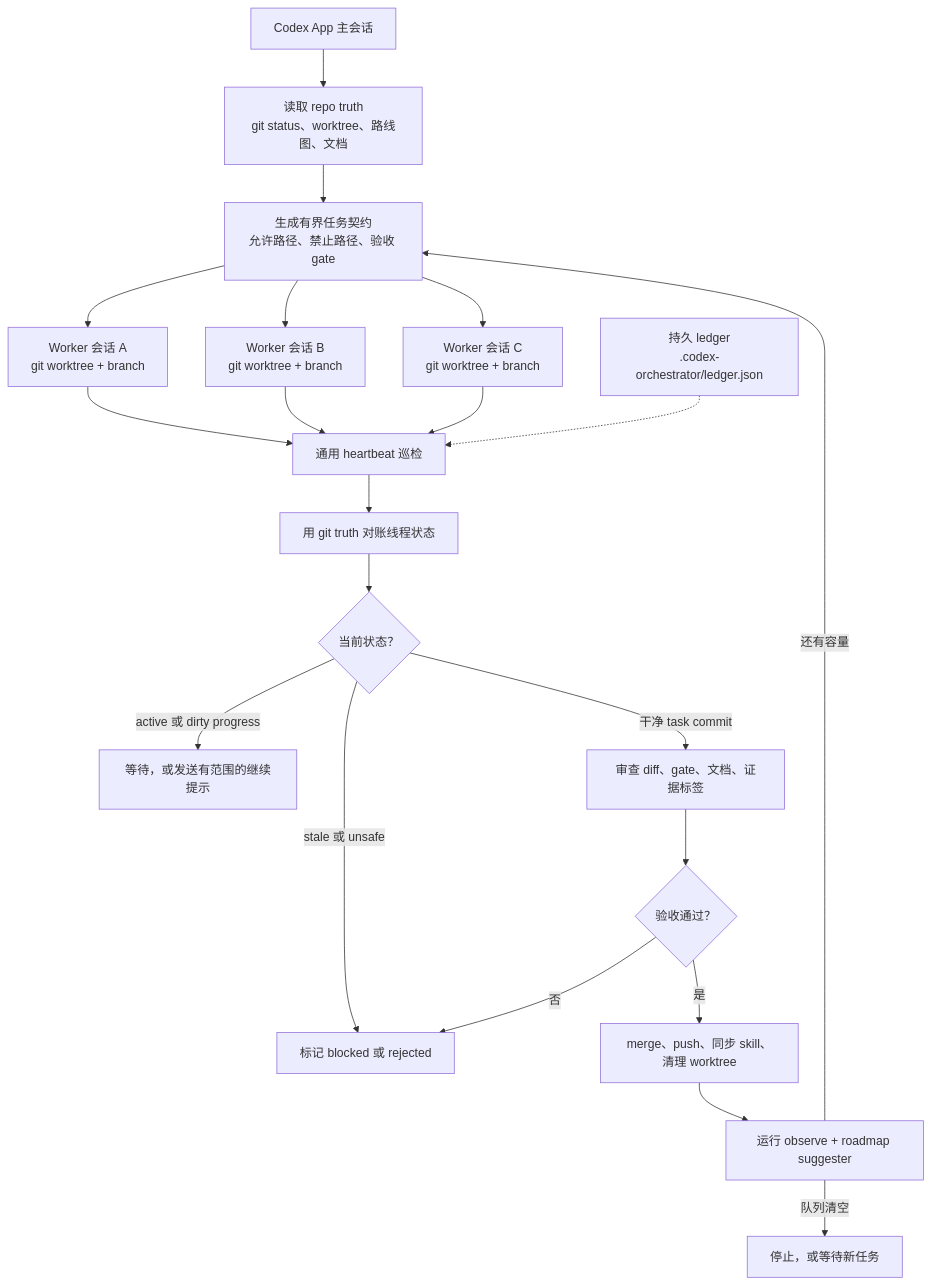
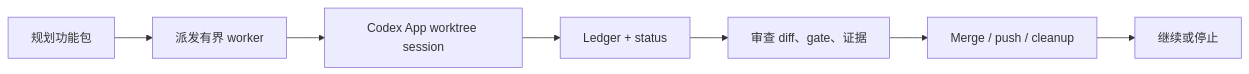
The diagram in README.zh-CN.md (indiekitai/codex-orchestrator), drawn with Mermaid before and after one commit. The commit also changed other lines of this file and 5 other files, not shown here.

````diff
--- a/README.zh-CN.md
+++ b/README.zh-CN.md
@@ -146,24 +91,9 @@
 ```mermaid
-flowchart TD
-    app["Codex App 主会话"] --> read["读取 repo truth<br/>git status、worktree、路线图、文档"]
-    read --> plan["生成有界任务契约<br/>允许路径、禁止路径、验收 gate"]
-    plan --> workerA["Worker 会话 A<br/>git worktree + branch"]
-    plan --> workerB["Worker 会话 B<br/>git worktree + branch"]
-    plan --> workerC["Worker 会话 C<br/>git worktree + branch"]
-
-    workerA --> heartbeat["通用 heartbeat 巡检"]
-    workerB --> heartbeat
-    workerC --> heartbeat
-    ledger["持久 ledger<br/>.codex-orchestrator/ledger.json"] -.-> heartbeat
-    heartbeat --> inspect["用 git truth 对账线程状态"]
-    inspect --> active{"当前状态？"}
-    active -->|"active 或 dirty progress"| wait["等待，或发送有范围的继续提示"]
-    active -->|"干净 task commit"| review["审查 diff、gate、文档、证据标签"]
-    active -->|"stale 或 unsafe"| block["标记 blocked 或 rejected"]
-    review --> accepted{"验收通过？"}
-    accepted -->|"是"| merge["merge、push、同步 skill、清理 worktree"]
-    accepted -->|"否"| block
-    merge --> next["运行 observe + roadmap suggester"]
-    next -->|"还有容量"| plan
-    next -->|"队列清空"| done["停止，或等待新任务"]
+flowchart LR
+    plan["规划功能包"] --> dispatch["派发有界 worker"]
+    dispatch --> worktree["Codex App worktree session"]
+    worktree --> ledger["Ledger + status"]
+    ledger --> review["审查 diff、gate、证据"]
+    review --> merge["Merge / push / cleanup"]
+    merge --> next["继续或停止"]
 ```
````
